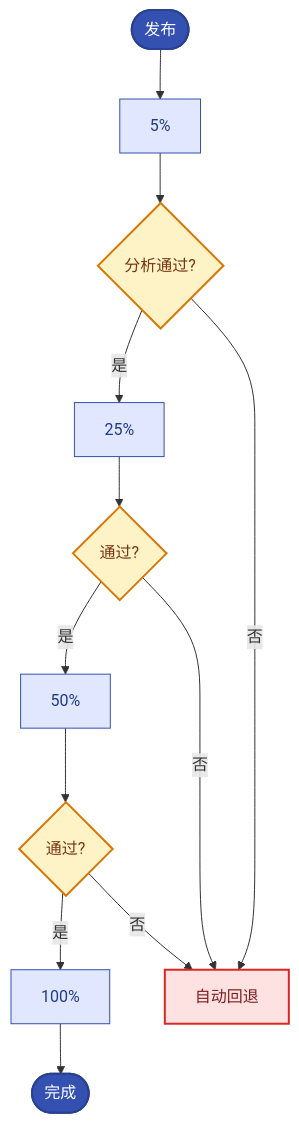
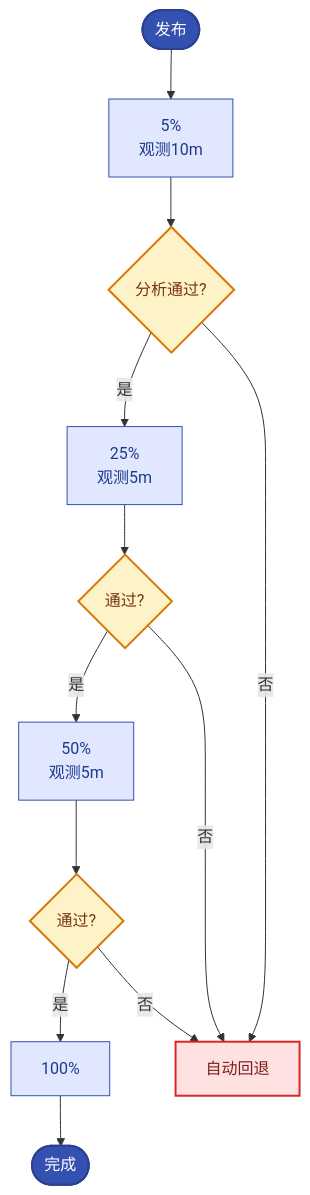
Before and after one commit to jackiesre721/ai-native-ops: the diagram in docs/11-canary-release-risk.md, drawn with Mermaid. The commit also changed other lines of this file and 21 other files, not shown here.

````diff
--- a/docs/11-canary-release-risk.md
+++ b/docs/11-canary-release-risk.md
@@ -14,18 +14,18 @@
 ```mermaid
 flowchart TB
-    S([发布]) --> W1["5%"] --> P1{分析通过?}
-    P1 -->|是| W2["25%"] --> P2{通过?}
-    P2 -->|是| W3["50%"] --> P3{通过?}
+    S([发布]) --> W1["5%<br/>观测10m"] --> P1{分析通过?}
+    P1 -->|是| W2["25%<br/>观测5m"] --> P2{通过?}
+    P2 -->|是| W3["50%<br/>观测5m"] --> P3{通过?}
     P3 -->|是| W4["100%"] --> E([完成])
     P1 -->|否| RB[自动回退]
     P2 -->|否| RB
     P3 -->|否| RB
     classDef start fill:#3451b2,color:#fff,stroke:#2a4090,stroke-width:2px
     classDef proc fill:#e0e7ff,stroke:#3451b2,color:#1e3a8a
     classDef decision fill:#fef3c7,stroke:#d97706,color:#78350f,stroke-width:2px
     classDef danger fill:#fee2e2,stroke:#dc2626,color:#7f1d1d,stroke-width:2px
     class S,E start
     class W1,W2,W3,W4 proc
     class P1,P2,P3 decision
     class RB danger
 ```
````
